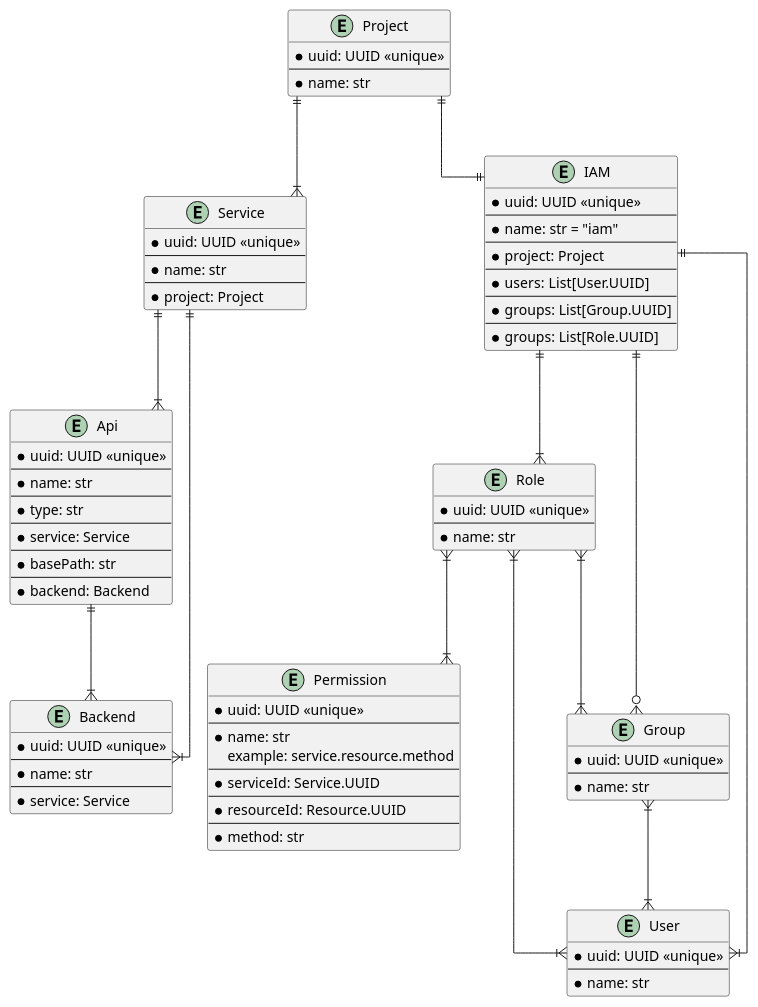
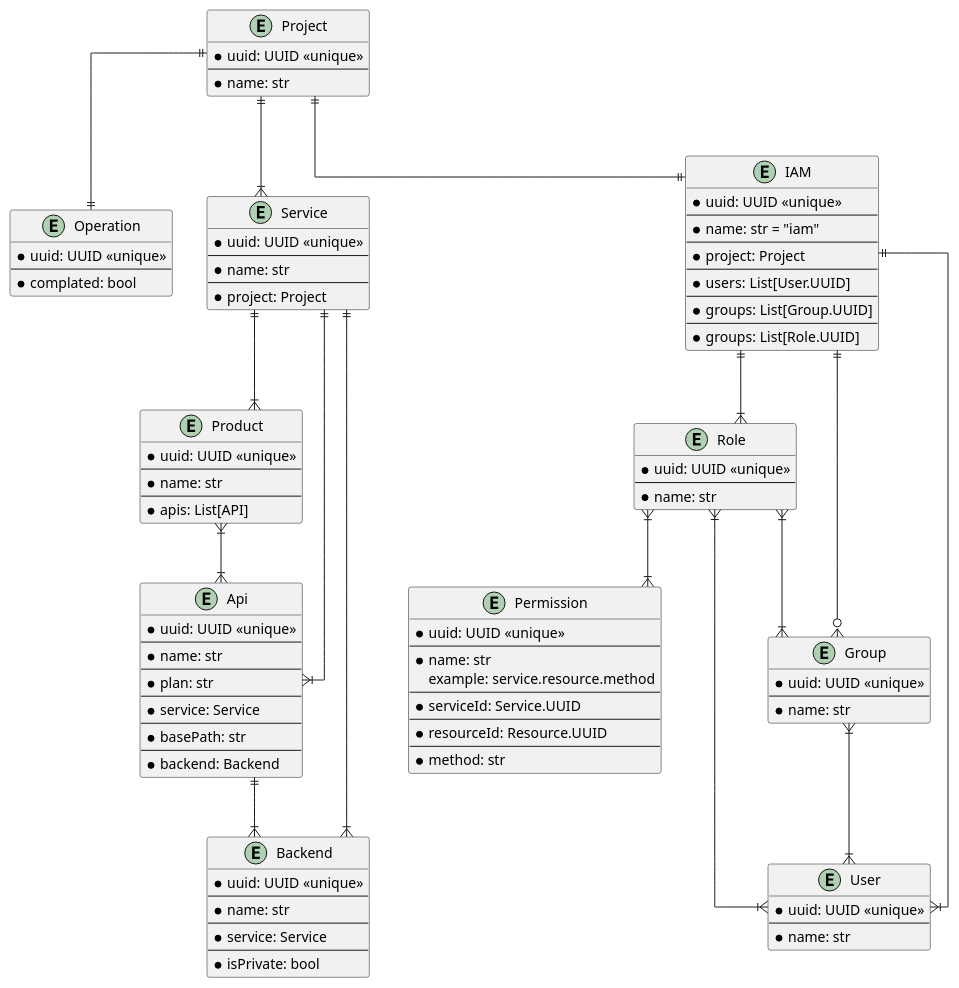
One commit to nkoguchiDev/iam changed the diagram in app/backend/er_image/app.puml. Above: the diagram before and after it, drawn with PlantUML. The commit also changed 16 other files, not shown here.

```diff
--- a/app/backend/er_image/app.puml
+++ b/app/backend/er_image/app.puml
@@ -1,100 +1,120 @@
 @startuml
 skinparam linetype ortho
 
 entity Project {
   * uuid: UUID <<unique>>
   --
   * name: str
+}
+
+entity Operation {
+  * uuid: UUID <<unique>>
+  --
+  * complated: bool
 }
 
 entity Service {
   * uuid: UUID <<unique>>
   --
   * name: str
   --
   * project: Project
 }
 
 entity Api {
   * uuid: UUID <<unique>>
   --
   * name: str
   --
-  * type: str
+  * plan: str
   --
   * service: Service
   --
   * basePath: str
   --
   * backend: Backend
 }
 
 entity Backend {
   * uuid: UUID <<unique>>
   --
   * name: str
   --
   * service: Service
+  --
+  * isPrivate: bool
+}
+
+entity Product {
+  * uuid: UUID <<unique>>
+  --
+  * name: str
+  --
+  * apis: List[API]
 }
 
 entity IAM {
   * uuid: UUID <<unique>>
   --
   * name: str = "iam"
   --
   * project: Project
   --
   * users: List[User.UUID]
   --
   * groups: List[Group.UUID]
   --
   * groups: List[Role.UUID]
 }
 
 entity Role {
   * uuid: UUID <<unique>>
   --
   * name: str
 }
 
 entity Permission {
   * uuid: UUID <<unique>>
   --
   * name: str
   example: service.resource.method
   --
   * serviceId: Service.UUID
   --
   * resourceId: Resource.UUID
   --
   * method: str
 }
 
 entity Group {
   * uuid: UUID <<unique>>
   --
   * name: str
 }
 
 entity User {
   * uuid: UUID <<unique>>
   --
   * name: str
 }
 
 Project ||--|{ Service
 Project ||--|| IAM
+Project ||--|| Operation
 
 Service ||--|{ Api
 Service ||--|{ Backend
+Service ||--|{ Product
+
+Product }|--|{ Api
 Api ||--|{ Backend
 
 IAM ||--|{ Role
 IAM ||--o{ Group
 IAM ||--|{ User
 Role }|--|{ Permission
 Role }|--|{ Group
 Role }|--|{ User
 Group }|--|{ User
 
 @enduml
```
